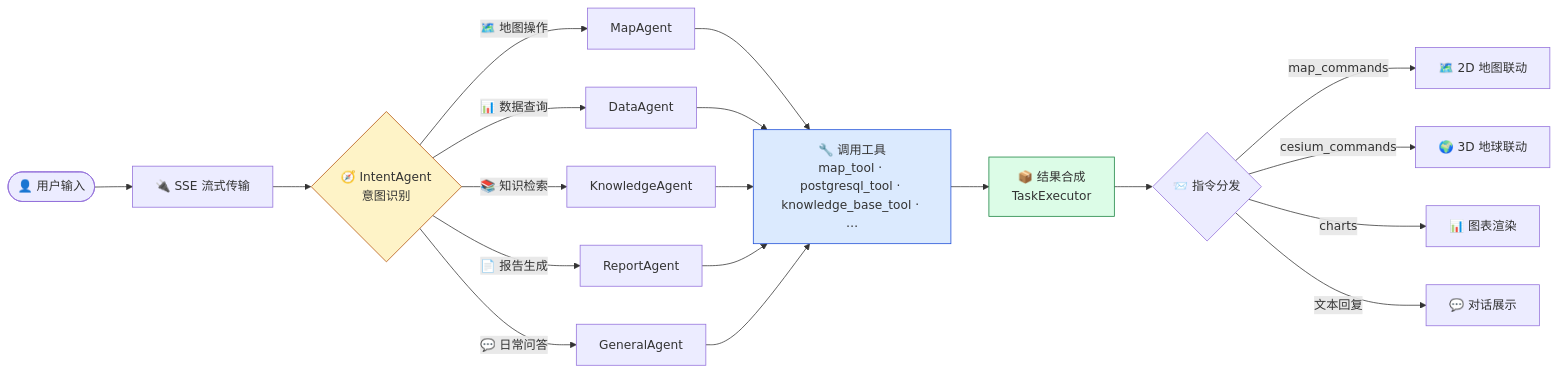
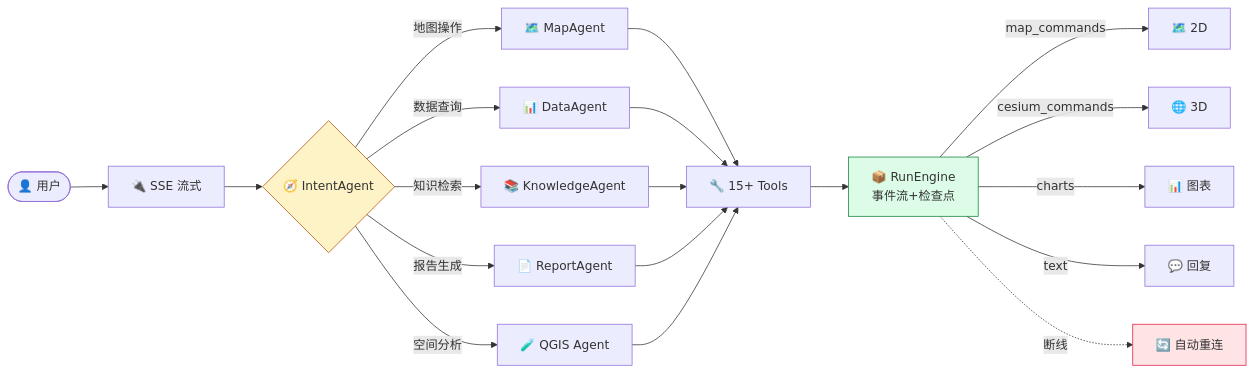
One commit to PotatoH-cmd/Smart_Map changed the second of 2 diagrams in README.md. Above: the diagram before and after it, drawn with Mermaid. The commit also changed other lines of this file and 37 other files, not shown here.

````diff
--- a/README.md
+++ b/README.md
@@ -109,21 +182,20 @@
 ```mermaid
 flowchart LR
-    U(["👤 用户输入"]) --> SSE["🔌 SSE 流式传输"] --> I{"🧭 IntentAgent<br/>意图识别"}
-    I -->|"🗺️ 地图操作"| MA["MapAgent"]
-    I -->|"📊 数据查询"| DA["DataAgent"]
-    I -->|"📚 知识检索"| KA["KnowledgeAgent"]
-    I -->|"📄 报告生成"| RA["ReportAgent"]
-    I -->|"💬 日常问答"| GA["GeneralAgent"]
-    MA & DA & KA & RA & GA --> T["🔧 调用工具<br/>map_tool · postgresql_tool · knowledge_base_tool · …"]
-    T --> R["📦 结果合成<br/>TaskExecutor"]
-    R --> V{"📨 指令分发"}
-    V -->|"map_commands"| M2D["🗺️ 2D 地图联动"]
-    V -->|"cesium_commands"| M3D["🌍 3D 地球联动"]
-    V -->|"charts"| CH["📊 图表渲染"]
-    V -->|"文本回复"| TX["💬 对话展示"]
+    U(["👤 用户"]) --> SSE["🔌 SSE 流式"] --> I{"🧭 IntentAgent"}
+    I -->|"地图操作"| MA["🗺️ MapAgent"]
+    I -->|"数据查询"| DA["📊 DataAgent"]
+    I -->|"知识检索"| KA["📚 KnowledgeAgent"]
+    I -->|"报告生成"| RA["📄 ReportAgent"]
+    I -->|"空间分析"| QA["🧪 QGIS Agent"]
+    MA & DA & KA & RA & QA --> T["🔧 15+ Tools"]
+    T --> R["📦 RunEngine<br/>事件流+检查点"]
+    R -->|"map_commands"| M2D["🗺️ 2D"]
+    R -->|"cesium_commands"| M3D["🌐 3D"]
+    R -->|"charts"| CH["📊 图表"]
+    R -->|"text"| TX["💬 回复"]
+    R -.->|"断线"| RC["🔄 自动重连"]
 
     style I fill:#fef3c7,stroke:#b45309
-    style T fill:#dbeafe,stroke:#1d4ed8
     style R fill:#dcfce7,stroke:#15803d
-
+    style RC fill:#ffe4e6,stroke:#e11d48
 ```
````
